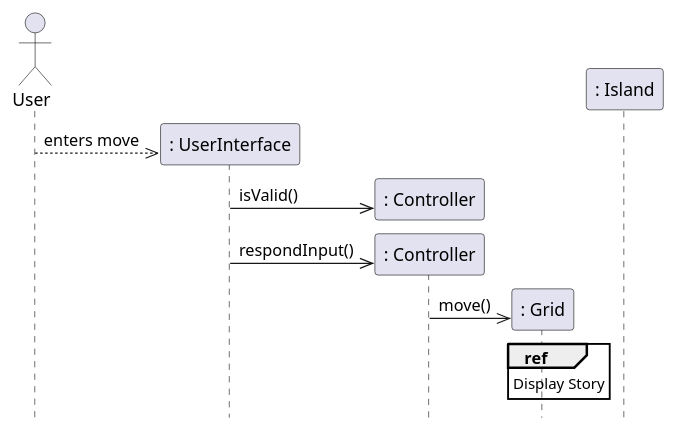
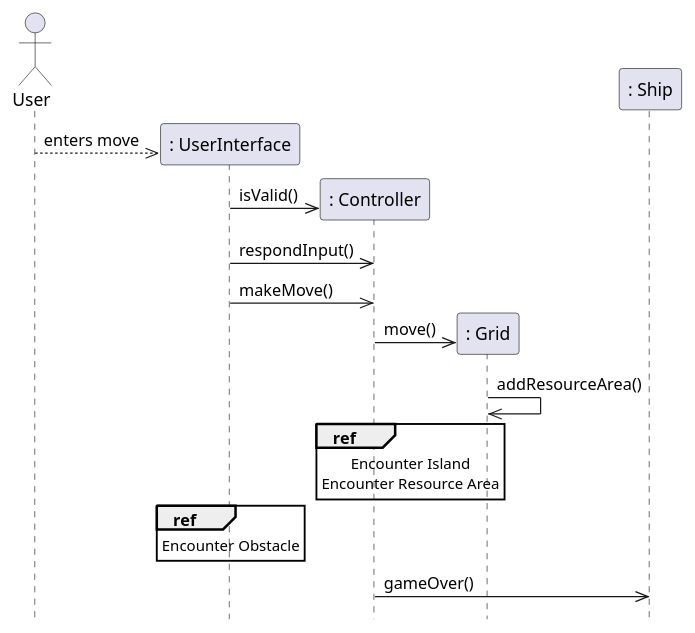
Before and after one commit to emutchek/MaraudersAtSea: the second of 5 diagrams in CMPU_203_PirateGame/doc/design.md, drawn with PlantUML. The commit also changed other lines of this file and 1 other file, not shown here.

Commit message:
made changes to design class diagram and sequence diagrams

````diff
--- a/CMPU_203_PirateGame/doc/design.md
+++ b/CMPU_203_PirateGame/doc/design.md
@@ -199,17 +132,24 @@
 ```PlantUML
 @startuml
 hide footbox
 actor User as user
 participant ": UserInterface" as UI
 participant ": Controller" as controller
 participant ": Grid" as grid
-participant ": Island" as island
+participant ": Ship" as ship
 user -->> UI **: enters move
 UI ->> controller **: isValid()
-UI ->> controller **: respondInput()
+UI ->> controller : respondInput()
+UI ->> controller : makeMove()
 controller ->> grid **: move()
-ref over grid
-Display Story
+grid ->> grid : addResourceArea()
+ref over controller
+Encounter Island
+Encounter Resource Area
 endref
+ref over UI 
+Encounter Obstacle
+endref
+controller ->> ship : gameOver()
 @enduml
 ```
````
